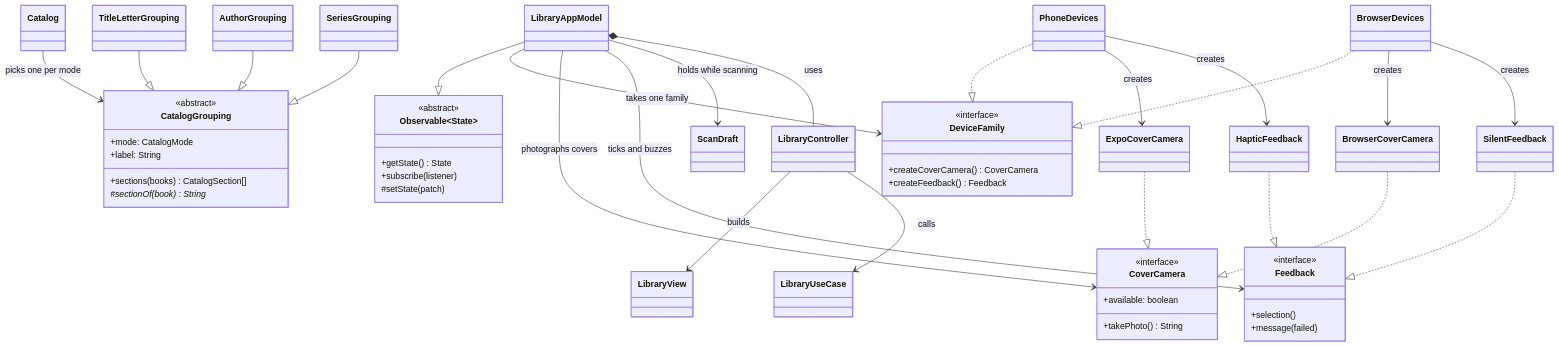
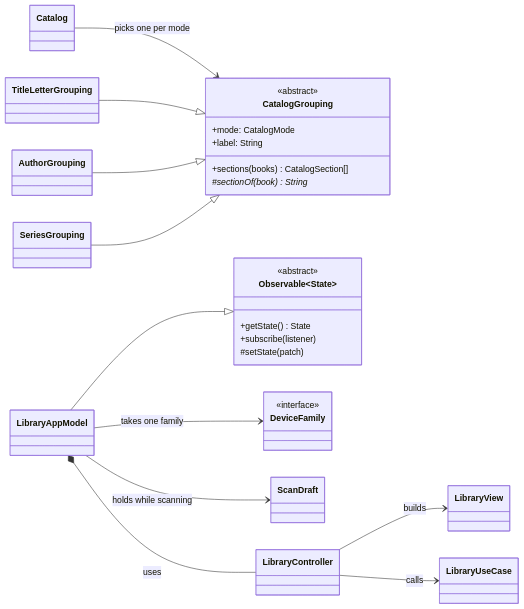
Before and after one commit to ghechavarria/cen5064-project-hechavarria: the diagram in docs/design/diagrams/class-presentation.mmd, drawn with Mermaid. The commit also changed 4 other files, not shown here.

First line of the commit message:
Design doc: split the presentation class diagram so it is readable (2.6pt -> 7.7pt / 7.8pt printed)

```diff
--- a/docs/design/diagrams/class-presentation.mmd
+++ b/docs/design/diagrams/class-presentation.mmd
@@ -1,51 +1,28 @@
 classDiagram
+    direction LR
     class Observable~State~ {
         <<abstract>>
         +getState() State
         +subscribe(listener)
         #setState(patch)
-    }
-    class CoverCamera {
-        <<interface>>
-        +available: boolean
-        +takePhoto() String
-    }
-    class Feedback {
-        <<interface>>
-        +selection()
-        +message(failed)
-    }
-    class DeviceFamily {
-        <<interface>>
-        +createCoverCamera() CoverCamera
-        +createFeedback() Feedback
     }
     class CatalogGrouping {
         <<abstract>>
         +mode: CatalogMode
         +label: String
         +sections(books) CatalogSection[]
         #sectionOf(book)* String
     }
+    class DeviceFamily {
+        <<interface>>
+    }
     LibraryAppModel --|> Observable~State~
     LibraryAppModel --> DeviceFamily : takes one family
-    LibraryAppModel --> CoverCamera : photographs covers
-    LibraryAppModel --> Feedback : ticks and buzzes
-    PhoneDevices ..|> DeviceFamily
-    BrowserDevices ..|> DeviceFamily
-    PhoneDevices --> ExpoCoverCamera : creates
-    PhoneDevices --> HapticFeedback : creates
-    BrowserDevices --> BrowserCoverCamera : creates
-    BrowserDevices --> SilentFeedback : creates
-    ExpoCoverCamera ..|> CoverCamera
-    BrowserCoverCamera ..|> CoverCamera
-    HapticFeedback ..|> Feedback
-    SilentFeedback ..|> Feedback
     LibraryAppModel --> ScanDraft : holds while scanning
     LibraryAppModel *-- LibraryController : uses
     LibraryController --> LibraryView : builds
     LibraryController --> LibraryUseCase : calls
     Catalog --> CatalogGrouping : picks one per mode
     TitleLetterGrouping --|> CatalogGrouping
     AuthorGrouping --|> CatalogGrouping
     SeriesGrouping --|> CatalogGrouping
```
